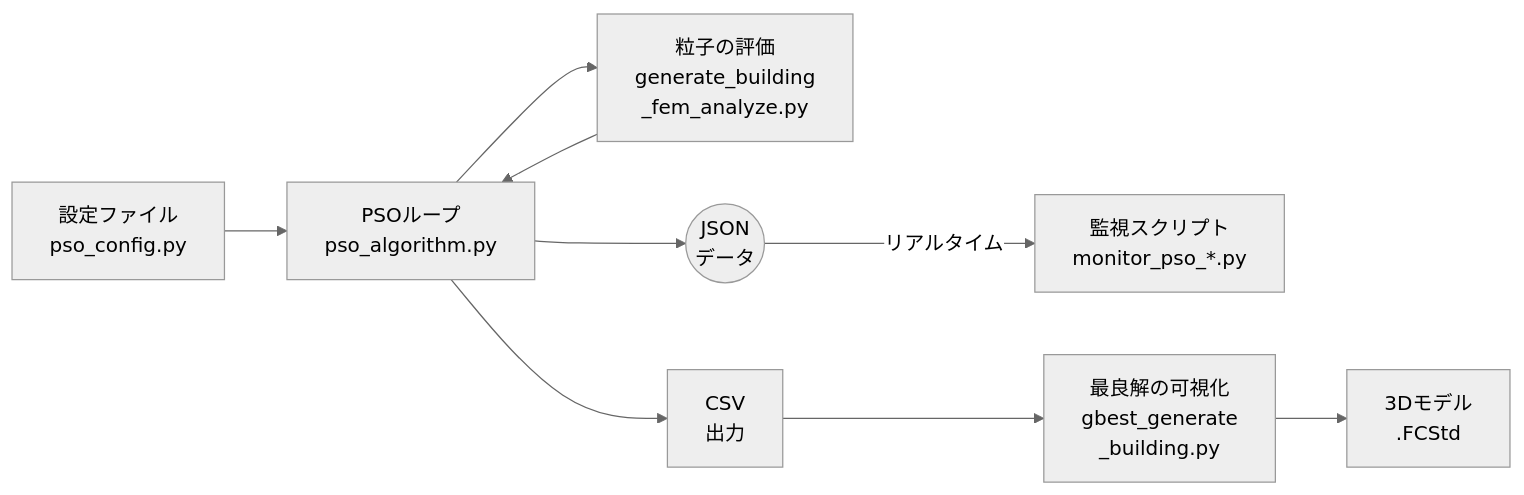
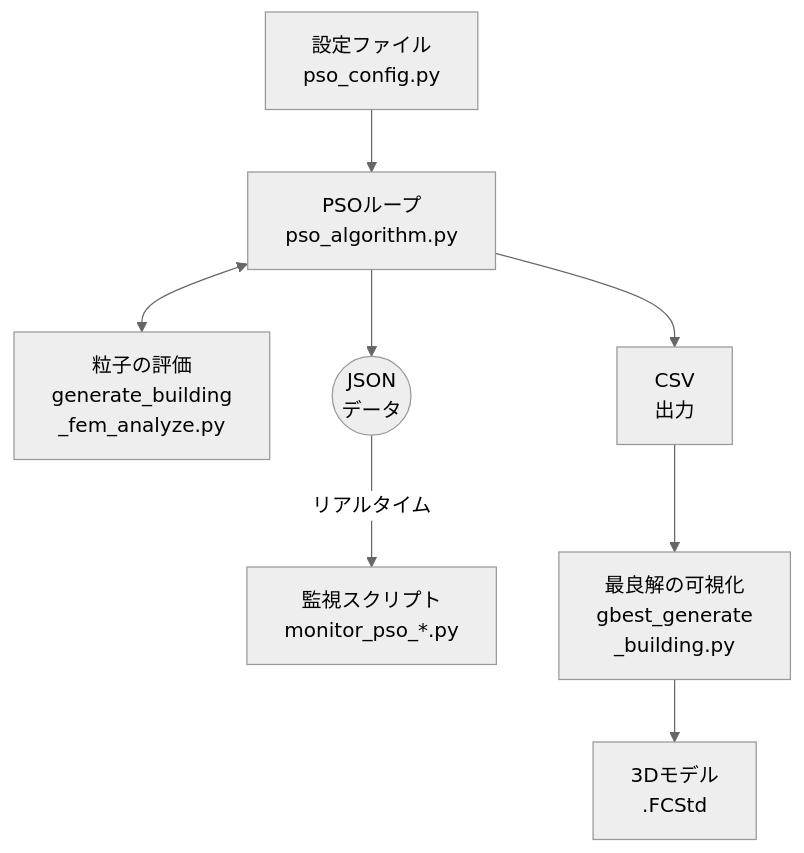
One commit to jkushida/ai-arch changed the diagram in PSO_usage.md. Above: the diagram before and after it, drawn with Mermaid (neutral theme). The commit also changed other lines of this file and 11 other files, not shown here.

````diff
--- a/PSO_usage.md
+++ b/PSO_usage.md
@@ -18,11 +18,10 @@
 ```mermaid
-graph LR
+graph TB
     A[設定ファイル<br/>pso_config.py] --> B[PSOループ<br/>pso_algorithm.py]
-    B --> C[粒子の評価<br/>generate_building<br/>_fem_analyze.py]
-    C --> B
+    B <--> C[粒子の評価<br/>generate_building<br/>_fem_analyze.py]
     B --> D((JSON<br/>データ))
     D -->|リアルタイム| E[監視スクリプト<br/>monitor_pso_*.py]
     B --> F[CSV<br/>出力]
     F --> G[最良解の可視化<br/>gbest_generate<br/>_building.py]
     G --> H[3Dモデル<br/>.FCStd]
 ```
````
